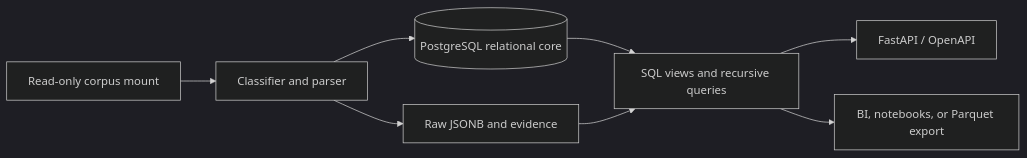
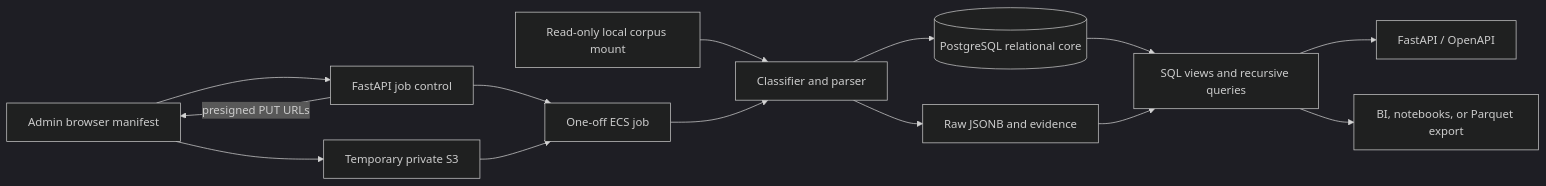
One commit to kurs-cisco/sse-security-advisor changed the diagram in cbom-catalog/README.md. Above: the diagram before and after it, drawn with Mermaid (dark theme). The commit also changed other lines of this file and 32 other files, not shown here.

````diff
--- a/cbom-catalog/README.md
+++ b/cbom-catalog/README.md
@@ -47,10 +47,16 @@
 ```mermaid
 flowchart LR
-    A[Read-only corpus mount] --> B[Classifier and parser]
+    A[Read-only local corpus mount] --> B[Classifier and parser]
+    H[Admin browser manifest] --> I[FastAPI job control]
+    I -->|presigned PUT URLs| H
+    H --> J[Temporary private S3]
+    I --> K[One-off ECS job]
+    J --> K
+    K --> B
     B --> C[(PostgreSQL relational core)]
     B --> D[Raw JSONB and evidence]
     C --> E[SQL views and recursive queries]
     D --> E
     E --> F[FastAPI / OpenAPI]
     E --> G[BI, notebooks, or Parquet export]
 ```
````
